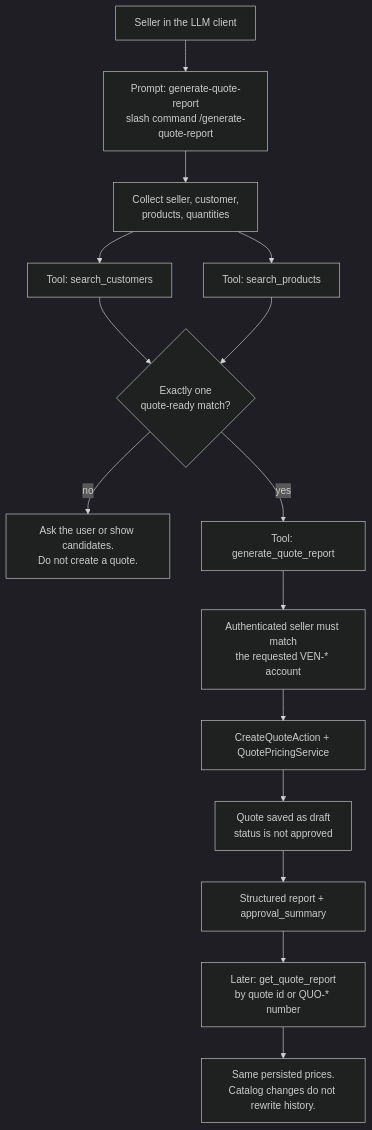
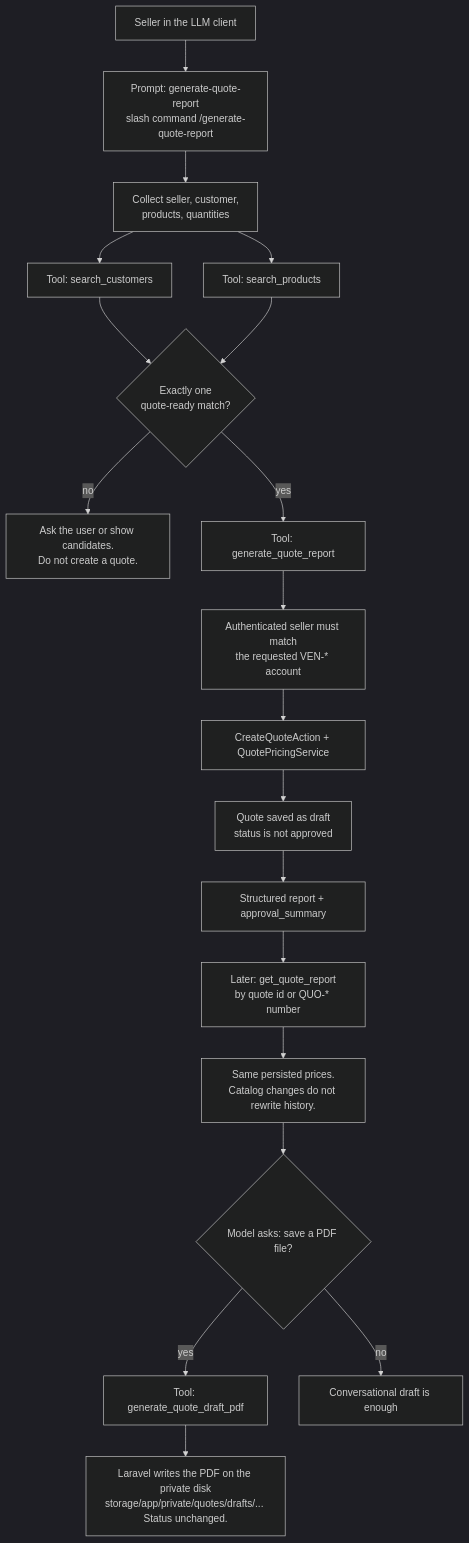
One commit to wolneydev/laravel-mcp-quote-poc changed the fourth of 5 diagrams in .specs/SOLUTION-OVERVIEW.md. Above: the diagram before and after it, drawn with Mermaid (dark theme). The commit also changed other lines of this file and 22 other files, not shown here.

First line of the commit message:
feat: render quote draft PDFs in Laravel and save them privately on consent

````diff
--- a/.specs/SOLUTION-OVERVIEW.md
+++ b/.specs/SOLUTION-OVERVIEW.md
@@ -145,23 +145,27 @@
 ```mermaid
 flowchart TD
     User["Seller in the LLM client"] --> Prompt["Prompt: generate-quote-report<br/>slash command /generate-quote-report"]
 
     Prompt --> Gather["Collect seller, customer,<br/>products, quantities"]
 
     Gather --> SearchC["Tool: search_customers"]
     Gather --> SearchP["Tool: search_products"]
 
     SearchC --> Ambiguous{Exactly one<br/>quote-ready match?}
     SearchP --> Ambiguous
 
     Ambiguous -->|no| Ask["Ask the user or show candidates.<br/>Do not create a quote."]
     Ambiguous -->|yes| Generate["Tool: generate_quote_report"]
 
     Generate --> Authz["Authenticated seller must match<br/>the requested VEN-* account"]
     Authz --> Action["CreateQuoteAction + QuotePricingService"]
     Action --> Saved["Quote saved as draft<br/>status is not approved"]
     Saved --> Report["Structured report + approval_summary"]
 
     Report --> Later["Later: get_quote_report<br/>by quote id or QUO-* number"]
     Later --> Snapshot["Same persisted prices.<br/>Catalog changes do not rewrite history."]
+    Snapshot --> PdfAsk{Model asks: save a PDF file?}
+    PdfAsk -->|yes| PdfTool["Tool: generate_quote_draft_pdf"]
+    PdfTool --> PdfFile["Laravel writes the PDF on the private disk<br/>storage/app/private/quotes/drafts/... Status unchanged."]
+    PdfAsk -->|no| Done["Conversational draft is enough"]
 ```
````
